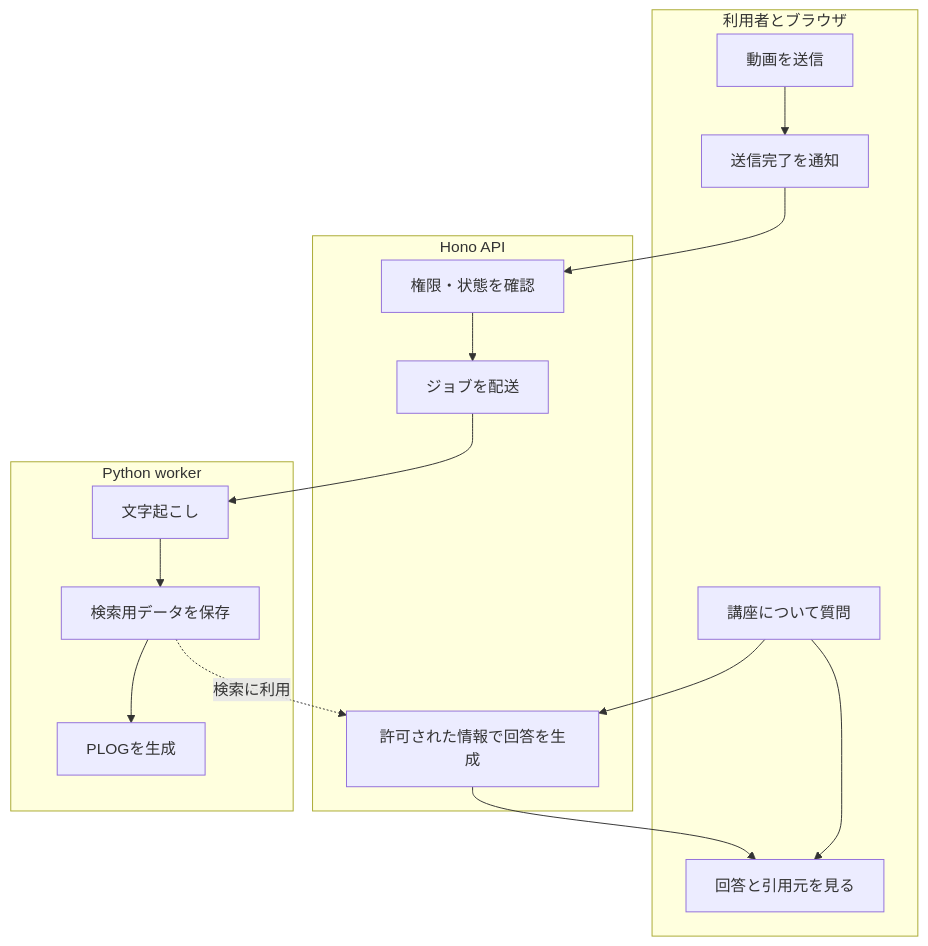
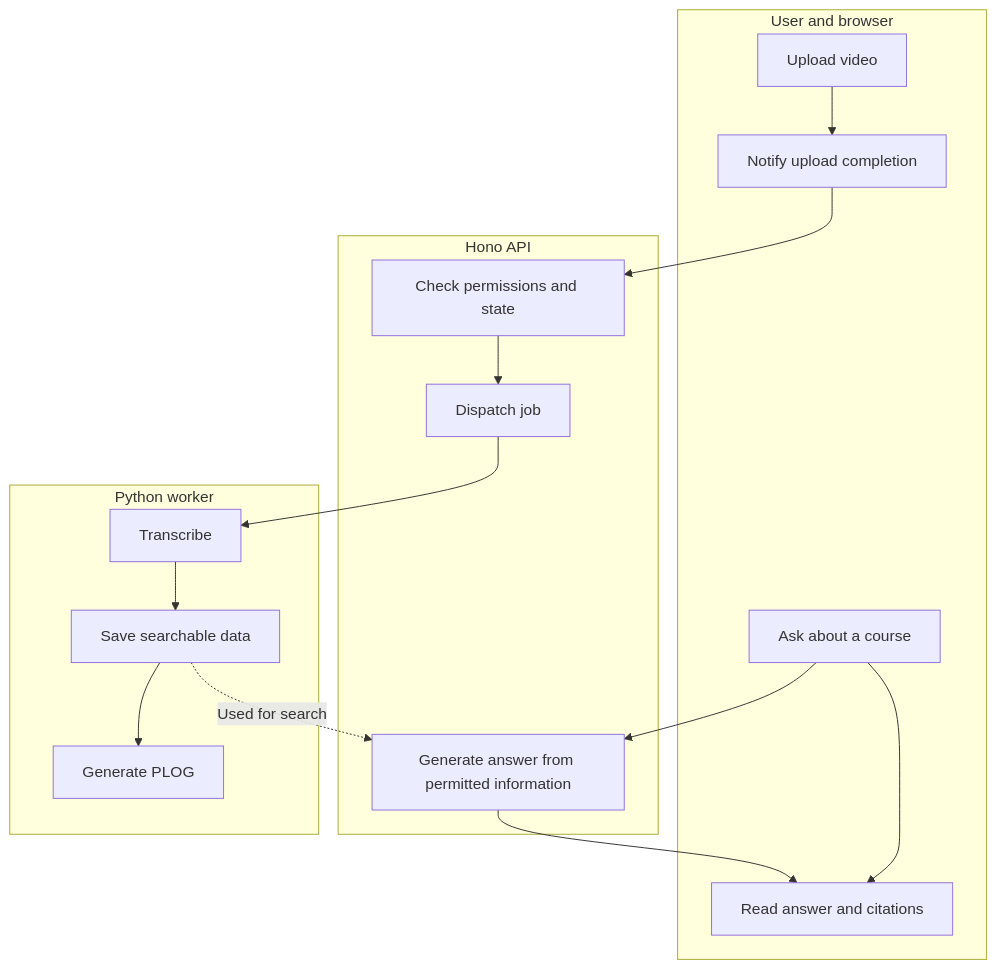
The diagram in docs/architecture/bpmn.md (yukiharada1228/videoq), drawn with Mermaid before and after one commit. The commit also changed other lines of this file and 79 other files, not shown here.

````diff
--- a/docs/architecture/bpmn.md
+++ b/docs/architecture/bpmn.md
@@ -12,21 +12,21 @@
 ```mermaid
 flowchart TB
-    subgraph User[利用者とブラウザ]
-      Upload[動画を送信] --> Confirm[送信完了を通知]
-      Ask[講座について質問] --> Read[回答と引用元を見る]
+    subgraph User[User and browser]
+      Upload[Upload video] --> Confirm[Notify upload completion]
+      Ask[Ask about a course] --> Read[Read answer and citations]
     end
     subgraph API[Hono API]
-      Accept[権限・状態を確認]
-      Dispatch[ジョブを配送]
-      Answer[許可された情報で回答を生成]
+      Accept[Check permissions and state]
+      Dispatch[Dispatch job]
+      Answer[Generate answer from permitted information]
     end
     subgraph Worker[Python worker]
-      Transcribe[文字起こし]
-      Index[検索用データを保存]
-      Plog[PLOGを生成]
+      Transcribe[Transcribe]
+      Index[Save searchable data]
+      Plog[Generate PLOG]
     end
     Confirm --> Accept --> Dispatch
     Dispatch --> Transcribe --> Index --> Plog
-    Index -. 検索に利用 .-> Answer
+    Index -. Used for search .-> Answer
     Ask --> Answer --> Read
 ```
````
